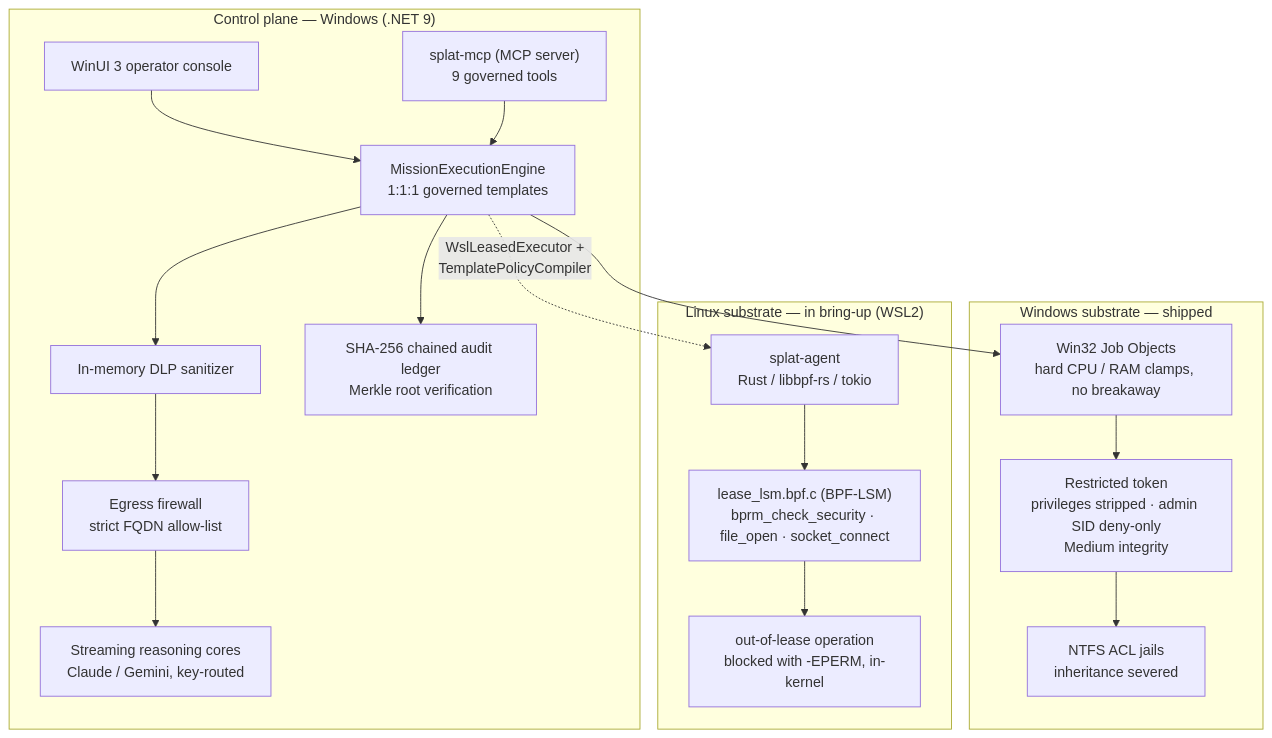
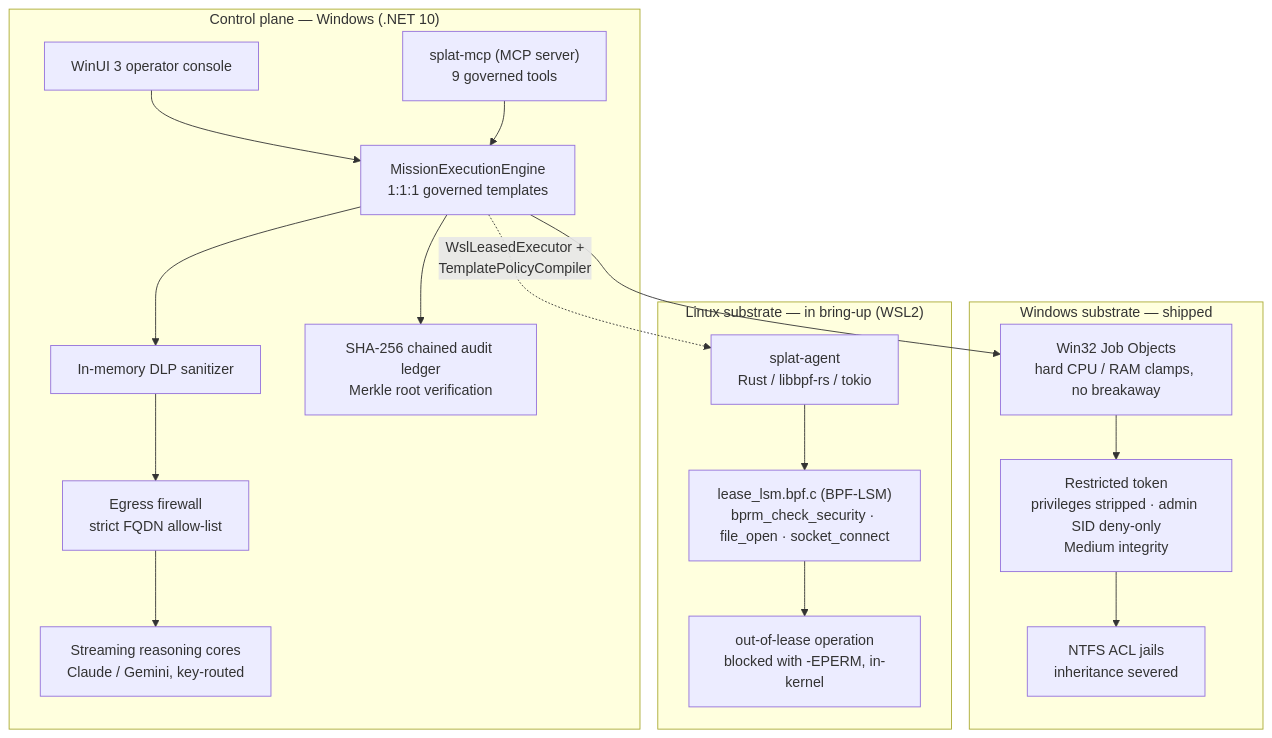
One commit to Spplatten/SPLAT changed the diagram in README.md. Above: the diagram before and after it, drawn with Mermaid. The commit also changed other lines of this file and 13 other files, not shown here.

````diff
--- a/README.md
+++ b/README.md
@@ -53,25 +53,25 @@
 ```mermaid
 flowchart TD
-    subgraph CP["Control plane — Windows (.NET 9)"]
+    subgraph CP["Control plane — Windows (.NET 10)"]
         UI["WinUI 3 operator console"] --> ENG["MissionExecutionEngine<br/>1:1:1 governed templates"]
         MCP["splat-mcp (MCP server)<br/>9 governed tools"] --> ENG
         ENG --> DLP["In-memory DLP sanitizer"]
         DLP --> FW["Egress firewall<br/>strict FQDN allow-list"]
         FW --> AI["Streaming reasoning cores<br/>Claude / Gemini, key-routed"]
         ENG --> LED["SHA-256 chained audit ledger<br/>Merkle root verification"]
     end
     subgraph WIN["Windows substrate — shipped"]
         JO["Win32 Job Objects<br/>hard CPU / RAM clamps, no breakaway"]
         RT["Restricted token<br/>privileges stripped · admin SID deny-only<br/>Medium integrity"]
         JAIL["NTFS ACL jails<br/>inheritance severed"]
         JO --> RT --> JAIL
     end
     subgraph LNX["Linux substrate — in bring-up (WSL2)"]
         AGENT["splat-agent<br/>Rust / libbpf-rs / tokio"]
         LSM["lease_lsm.bpf.c (BPF-LSM)<br/>bprm_check_security · file_open · socket_connect"]
         EPERM["out-of-lease operation<br/>blocked with -EPERM, in-kernel"]
         AGENT --> LSM --> EPERM
     end
     ENG --> JO
     ENG -.->|WslLeasedExecutor +<br/>TemplatePolicyCompiler| AGENT
 ```
````
